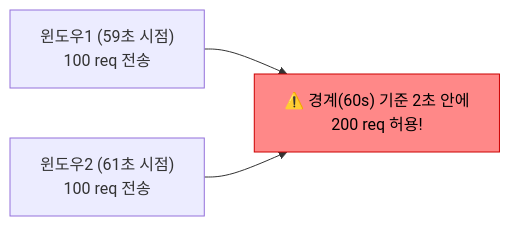
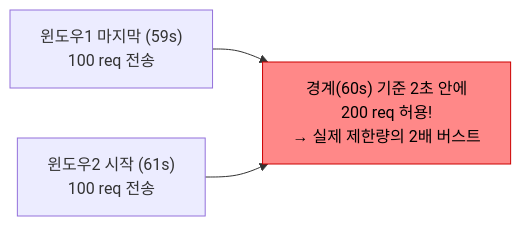
The fourth of 13 diagrams in _posts/spring/2026-05-01-rate-limiting.md (yjkim2015/yjkim2015.github.io), drawn with Mermaid before and after one commit. The commit also changed other lines of this file and 92 other files, not shown here.

First line of the commit message:
Major quality rewrite: 98 files, Mermaid fix, extreme-scenario component

````diff
--- a/_posts/spring/2026-05-01-rate-limiting.md
+++ b/_posts/spring/2026-05-01-rate-limiting.md
@@ -87,8 +84,7 @@
-<div class="mermaid">
+```mermaid
 graph LR
-    W1["윈도우1 (59초 시점)<br>100 req 전송"]
-    W2["윈도우2 (61초 시점)<br>100 req 전송"]
-    W1 --> BURST["⚠️ 경계(60s) 기준 2초 안에<br>200 req 허용!"]
-    W2 --> BURST
+    W1["윈도우1 마지막 (59s)\n100 req 전송"]
+    W2["윈도우2 시작 (61s)\n100 req 전송"]
+    W1 & W2 --> BURST["경계(60s) 기준 2초 안에\n200 req 허용!\n→ 실제 제한량의 2배 버스트"]
     style BURST fill:#f88,stroke:#c00,color:#000
-</div>
+```
````
